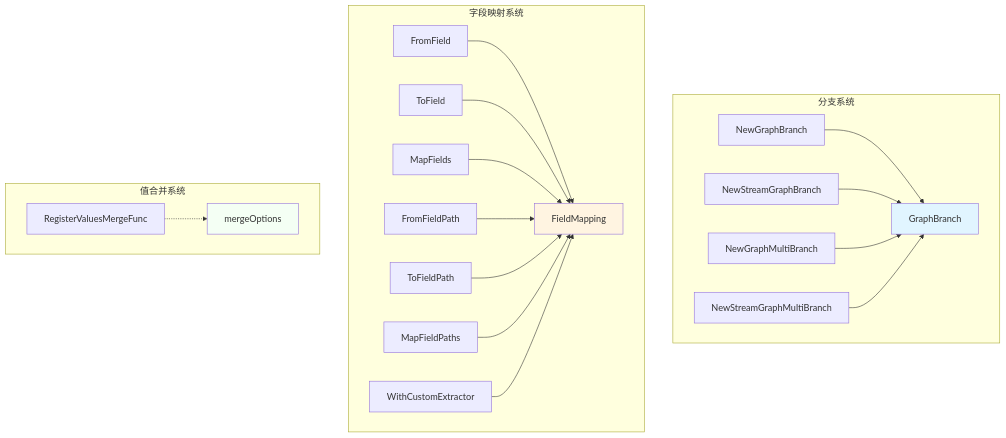
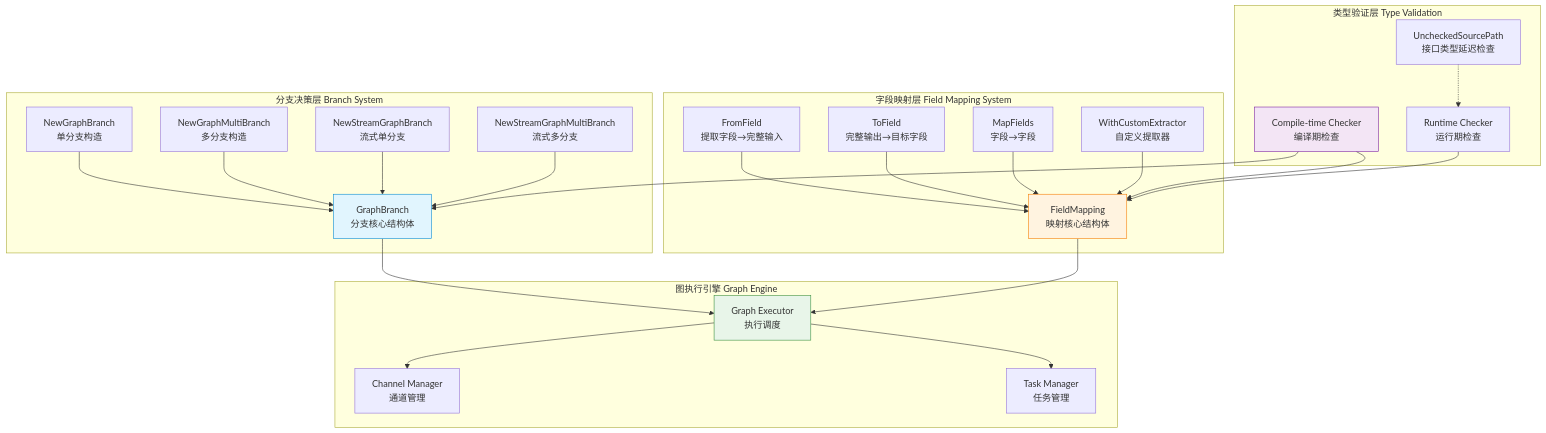
The first of 4 diagrams in public/eino-docs/branching_and_field_mapping.md (nerdneilsfield/code-wiki-pages), drawn with Mermaid before and after one commit. The commit also changed other lines of this file and 277 other files, not shown here.

````diff
--- a/public/eino-docs/branching_and_field_mapping.md
+++ b/public/eino-docs/branching_and_field_mapping.md
@@ -24,45 +22,55 @@
 ```mermaid
 graph TB
-    subgraph "分支系统"
-        GB[GraphBranch]
-        NBC[NewGraphBranch]
-        NSB[NewStreamGraphBranch]
-        NMB[NewGraphMultiBranch]
-        NSMB[NewStreamGraphMultiBranch]
+    subgraph "分支决策层 Branch System"
+        GB[GraphBranch<br/>分支核心结构体]
+        NBC[NewGraphBranch<br/>单分支构造]
+        NMB[NewGraphMultiBranch<br/>多分支构造]
+        NSB[NewStreamGraphBranch<br/>流式单分支]
+        NSMB[NewStreamGraphMultiBranch<br/>流式多分支]
     end
     
-    subgraph "字段映射系统"
-        FM[FieldMapping]
-        FF[FromField]
-        TF[ToField]
-        MF[MapFields]
-        FFP[FromFieldPath]
-        TFP[ToFieldPath]
-        MFP[MapFieldPaths]
-        WCE[WithCustomExtractor]
+    subgraph "字段映射层 Field Mapping System"
+        FM[FieldMapping<br/>映射核心结构体]
+        FF[FromField<br/>提取字段→完整输入]
+        TF[ToField<br/>完整输出→目标字段]
+        MF[MapFields<br/>字段→字段]
+        WCE[WithCustomExtractor<br/>自定义提取器]
     end
     
-    subgraph "值合并系统"
-        MO[mergeOptions]
-        RVMF[RegisterValuesMergeFunc]
+    subgraph "类型验证层 Type Validation"
+        CC[Compile-time Checker<br/>编译期检查]
+        RC[Runtime Checker<br/>运行期检查]
+        UST[UncheckedSourcePath<br/>接口类型延迟检查]
+    end
+    
+    subgraph "图执行引擎 Graph Engine"
+        GE[Graph Executor<br/>执行调度]
+        CM[Channel Manager<br/>通道管理]
+        TM[Task Manager<br/>任务管理]
     end
     
     NBC --> GB
+    NMB --> GB
     NSB --> GB
-    NMB --> GB
     NSMB --> GB
     
     FF --> FM
     TF --> FM
     MF --> FM
-    FFP --> FM
-    TFP --> FM
-    MFP --> FM
     WCE --> FM
     
-    RVMF -.-> MO
-
-    style GB fill:#e1f5ff
-    style FM fill:#fff4e1
-    style MO fill:#f4fff4
+    CC --> GB
+    CC --> FM
+    RC --> FM
+    UST -.-> RC
+    
+    GB --> GE
+    FM --> GE
+    GE --> CM
+    GE --> TM
+    
+    style GB fill:#e1f5fe,stroke:#0288d1
+    style FM fill:#fff3e0,stroke:#f57c00
+    style CC fill:#f3e5f5,stroke:#7b1fa2
+    style GE fill:#e8f5e9,stroke:#388e3c
 ```
````
